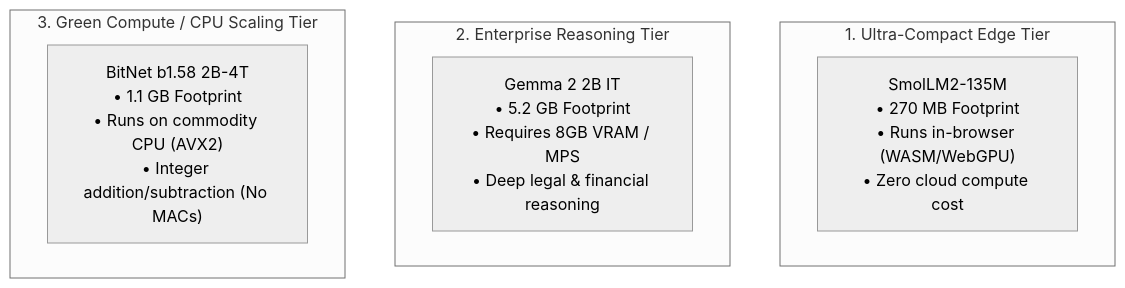
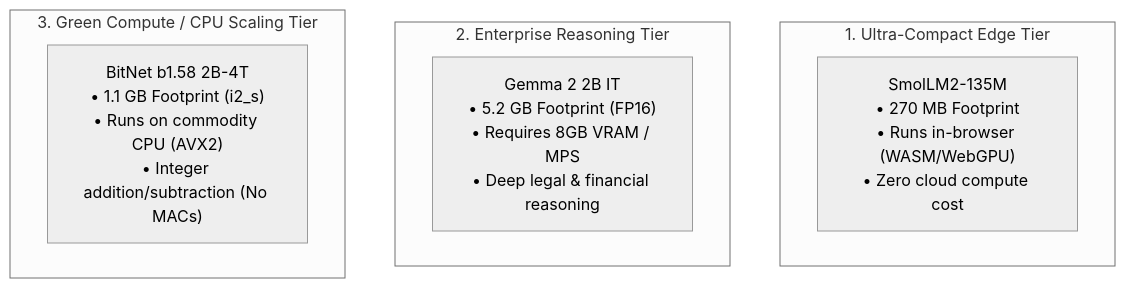
Before and after one commit to knowthankyew/event-driven-ftaas: the diagram in docs/MODEL_PERFORMANCE_COMPARISON.md, drawn with Mermaid (neutral theme). The commit also changed other lines of this file and 4 other files, not shown here.

````diff
--- a/docs/MODEL_PERFORMANCE_COMPARISON.md
+++ b/docs/MODEL_PERFORMANCE_COMPARISON.md
@@ -35,14 +53,14 @@
 ```mermaid
 flowchart TD
     subgraph Edge["1. Ultra-Compact Edge Tier"]
         M1["SmolLM2-135M\n• 270 MB Footprint\n• Runs in-browser (WASM/WebGPU)\n• Zero cloud compute cost"]
     end
 
     subgraph Reasoning["2. Enterprise Reasoning Tier"]
-        M2["Gemma 2 2B IT\n• 5.2 GB Footprint\n• Requires 8GB VRAM / MPS\n• Deep legal & financial reasoning"]
+        M2["Gemma 2 2B IT\n• 5.2 GB Footprint (FP16)\n• Requires 8GB VRAM / MPS\n• Deep legal & financial reasoning"]
     end
 
     subgraph Ternary["3. Green Compute / CPU Scaling Tier"]
-        M3["BitNet b1.58 2B-4T\n• 1.1 GB Footprint\n• Runs on commodity CPU (AVX2)\n• Integer addition/subtraction (No MACs)"]
+        M3["BitNet b1.58 2B-4T\n• 1.1 GB Footprint (i2_s)\n• Runs on commodity CPU (AVX2)\n• Integer addition/subtraction (No MACs)"]
     end
 ```
````
